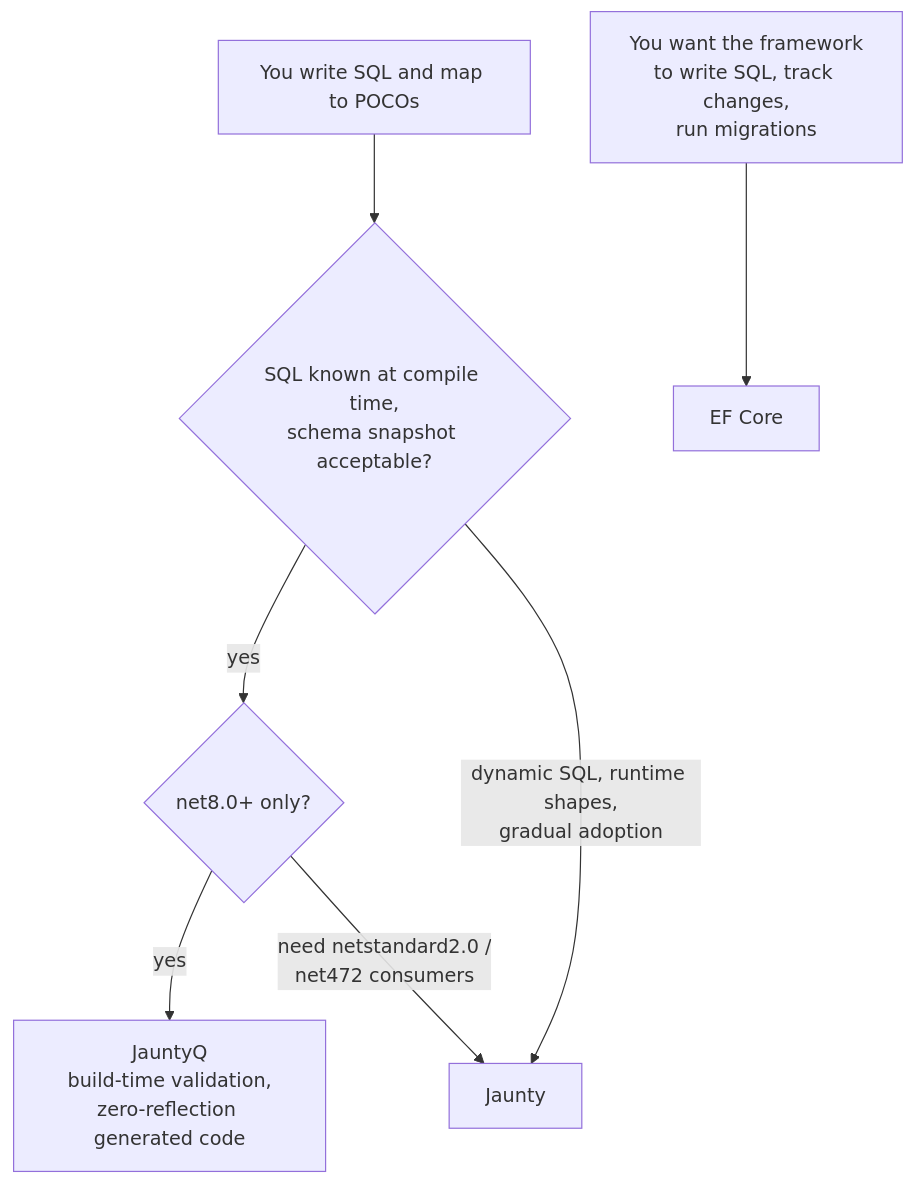
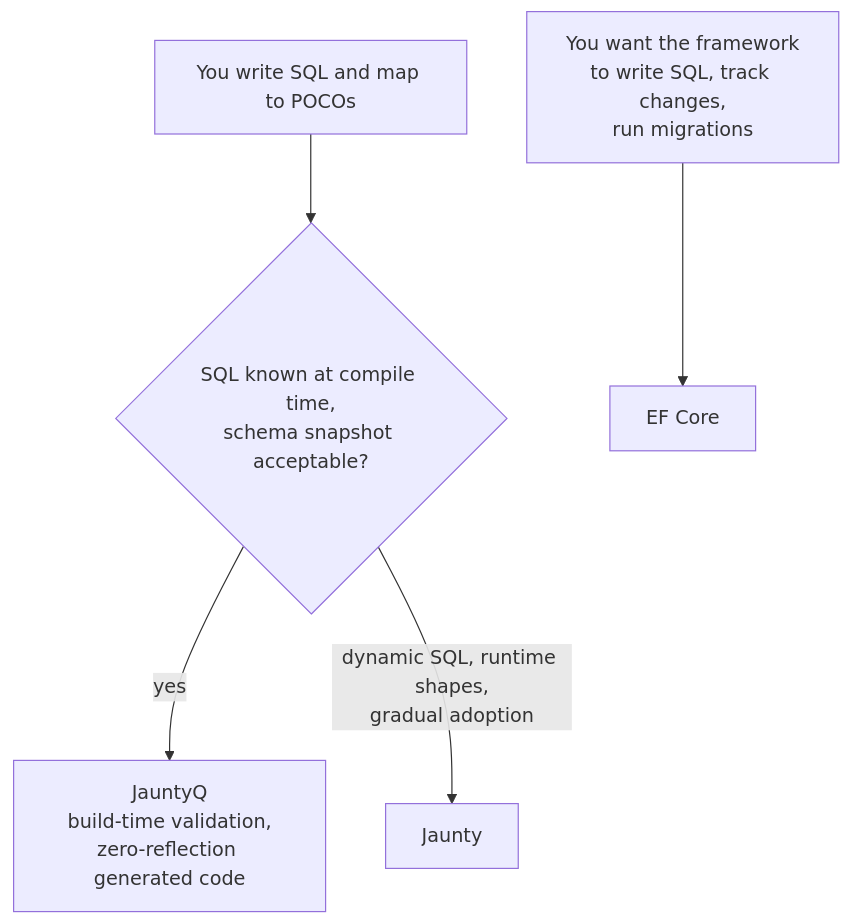
The second of 2 diagrams in docs/00-quick-start/why-jaunty.md (extrode/jaunty), drawn with Mermaid before and after one commit. The commit also changed other lines of this file and 4 other files, not shown here.

````diff
--- a/docs/00-quick-start/why-jaunty.md
+++ b/docs/00-quick-start/why-jaunty.md
@@ -58,9 +58,7 @@
 ```mermaid
 flowchart TD
     S["You write SQL and map to POCOs"] --> Q1{"SQL known at compile time,<br/>schema snapshot acceptable?"}
-    Q1 -- yes --> Q2{"net8.0+ only?"}
-    Q2 -- yes --> JQ["JauntyQ<br/>build-time validation,<br/>zero-reflection generated code"]
-    Q2 -- "need netstandard2.0 /<br/>net472 consumers" --> J["Jaunty"]
-    Q1 -- "dynamic SQL, runtime shapes,<br/>gradual adoption" --> J
+    Q1 -- yes --> JQ["JauntyQ<br/>build-time validation,<br/>zero-reflection generated code"]
+    Q1 -- "dynamic SQL, runtime shapes,<br/>gradual adoption" --> J["Jaunty"]
     S2["You want the framework<br/>to write SQL, track changes,<br/>run migrations"] --> EF["EF Core"]
 ```
````
